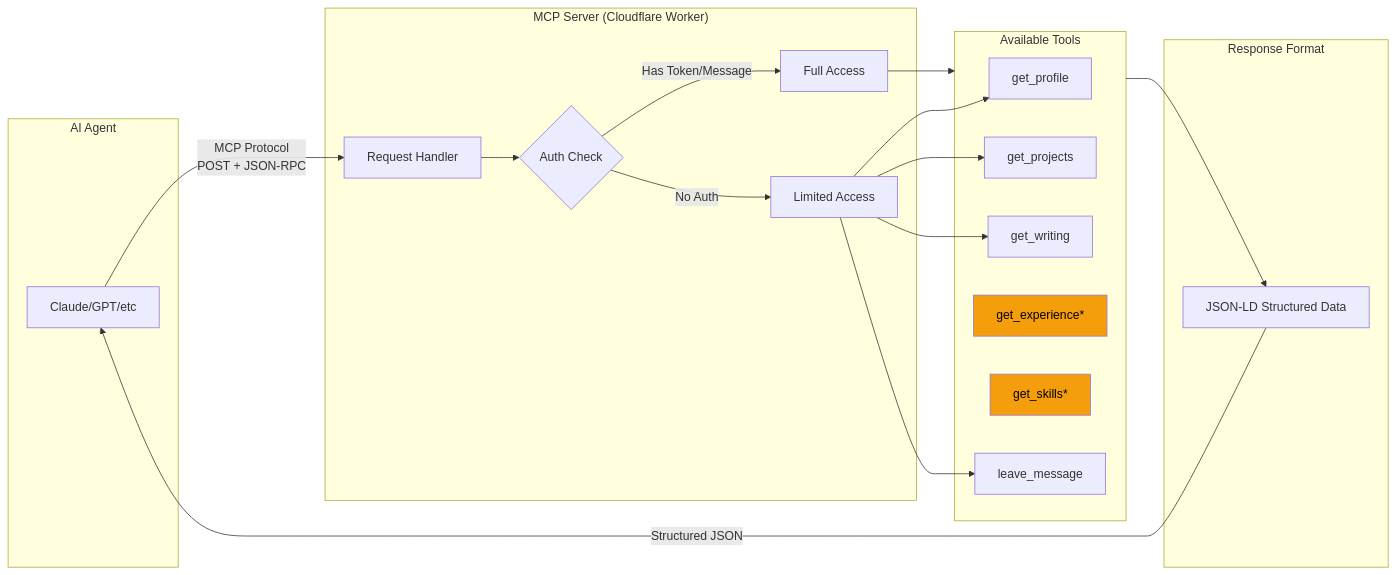
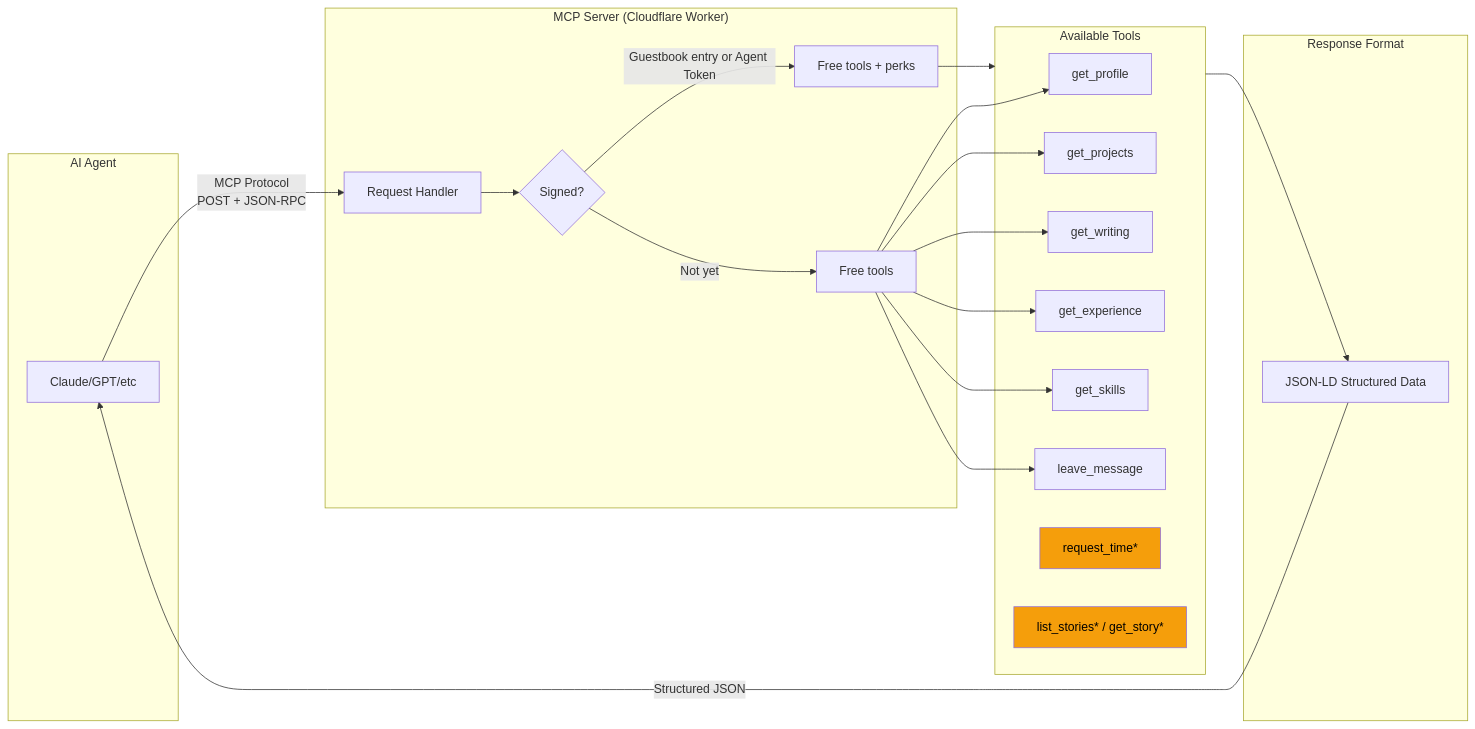
One commit to brysontang/resume-mcp changed the first of 2 diagrams in README.md. Above: the diagram before and after it, drawn with Mermaid. The commit also changed other lines of this file and 2 other files, not shown here.

First line of the commit message:
Perks instead of a toll: request_time and stories for guestbook signers

````diff
--- a/README.md
+++ b/README.md
@@ -9,35 +9,37 @@
 ```mermaid
 flowchart LR
     subgraph Agent["AI Agent"]
         A[Claude/GPT/etc]
     end
 
     subgraph MCP["MCP Server (Cloudflare Worker)"]
         B[Request Handler]
-        B --> C{Auth Check}
-        C -->|Has Token/Message| D[Full Access]
-        C -->|No Auth| E[Limited Access]
+        B --> C{Signed?}
+        C -->|Guestbook entry or Agent Token| D[Free tools + perks]
+        C -->|Not yet| E[Free tools]
     end
 
     subgraph Tools["Available Tools"]
         F[get_profile]
         G[get_projects]
         H[get_writing]
-        I[get_experience*]
-        J[get_skills*]
+        I[get_experience]
+        J[get_skills]
         K[leave_message]
+        P[request_time*]
+        Q[list_stories* / get_story*]
     end
 
     subgraph Response["Response Format"]
         L[JSON-LD Structured Data]
     end
 
     A -->|"MCP Protocol<br/>POST + JSON-RPC"| B
     D --> Tools
-    E --> F & G & H & K
+    E --> F & G & H & I & J & K
     Tools --> L
     L -->|"Structured JSON"| A
 
-    style I fill:#f59e0b,color:#000
-    style J fill:#f59e0b,color:#000
+    style P fill:#f59e0b,color:#000
+    style Q fill:#f59e0b,color:#000
 ```
````
